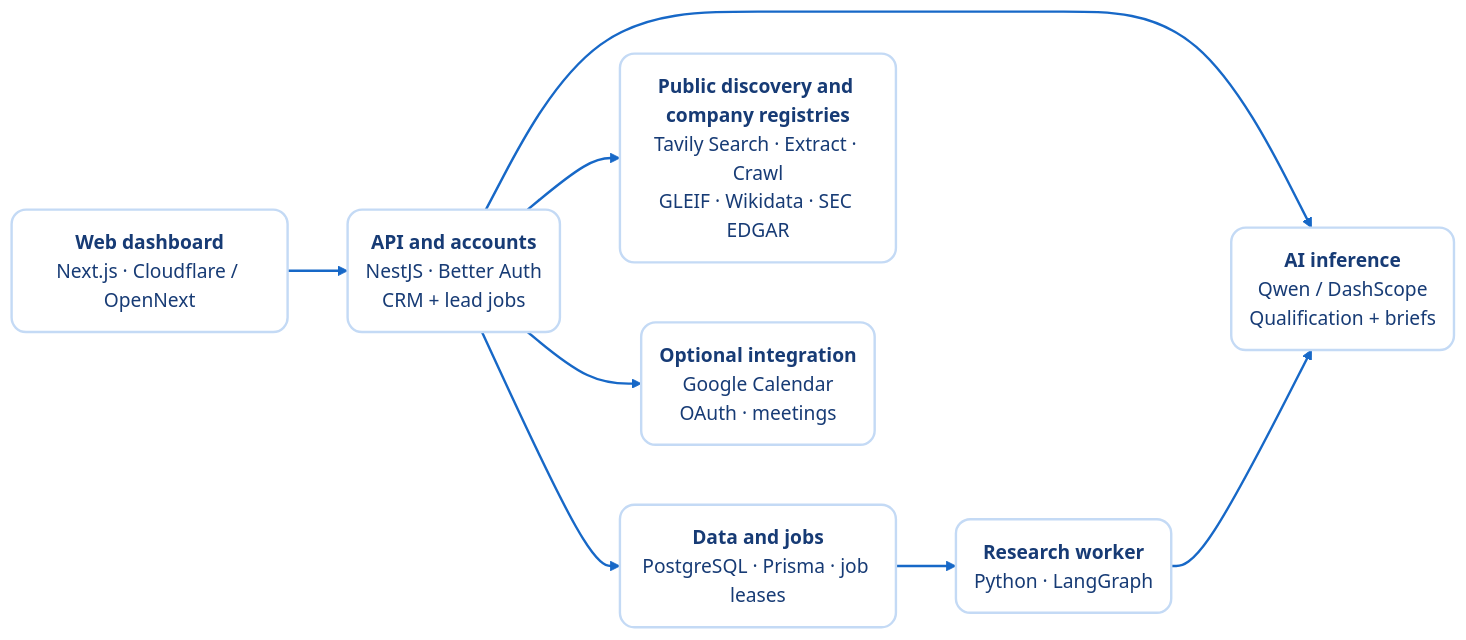
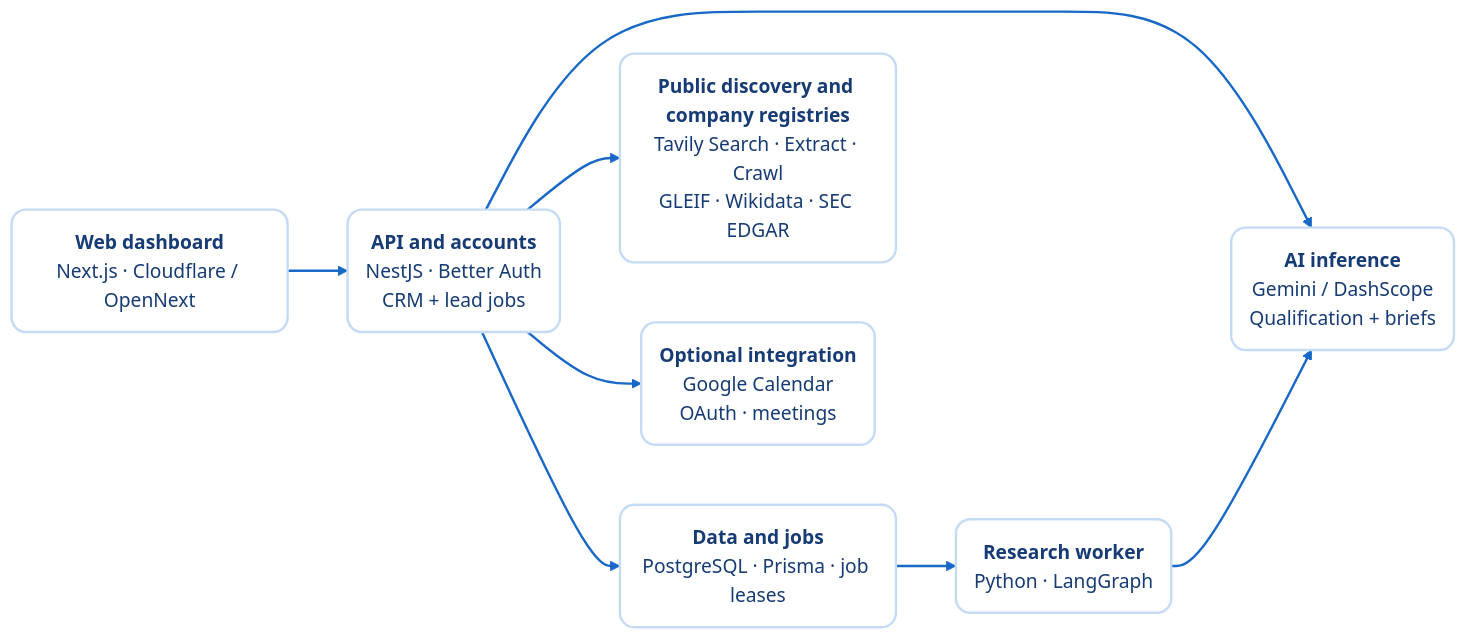
Before and after one commit to afnanahmadtariq/lead-trace: the diagram in README.md, drawn with Mermaid. The commit also changed other lines of this file and 22 other files, not shown here.

Commit message:
feat: add Gemini Flash Lite with DashScope fallback

````diff
--- a/README.md
+++ b/README.md
@@ -203,14 +203,14 @@
 ```mermaid
 %%{init: {'theme':'base','themeVariables': {'fontFamily':'Helvetica Neue, Arial, sans-serif','primaryColor':'#FFFFFF','primaryTextColor':'#173B75','primaryBorderColor':'#C4DAF5','lineColor':'#1768C7','background':'#F7FAFF'}}}%%
 flowchart LR
     Web("<b>Web dashboard</b><br/>Next.js · Cloudflare / OpenNext") --> API("<b>API and accounts</b><br/>NestJS · Better Auth<br/>CRM + lead jobs")
     API --> DB("<b>Data and jobs</b><br/>PostgreSQL · Prisma · job leases")
     DB --> Worker("<b>Research worker</b><br/>Python · LangGraph")
     API --> Discovery("<b>Public discovery and company registries</b><br/>Tavily Search · Extract · Crawl<br/>GLEIF · Wikidata · SEC EDGAR")
-    API --> Model("<b>AI inference</b><br/>Qwen / DashScope<br/>Qualification + briefs")
+    API --> Model("<b>AI inference</b><br/>Gemini / DashScope<br/>Qualification + briefs")
     Worker --> Model
     API --> Calendar("<b>Optional integration</b><br/>Google Calendar<br/>OAuth · meetings")
     classDef component fill:#FFFFFF,stroke:#C4DAF5,stroke-width:2px,color:#173B75,rx:12,ry:12;
     class Web,API,DB,Worker,Discovery,Model,Calendar component;
     linkStyle default stroke:#1768C7,stroke-width:2px;
 ```
````
